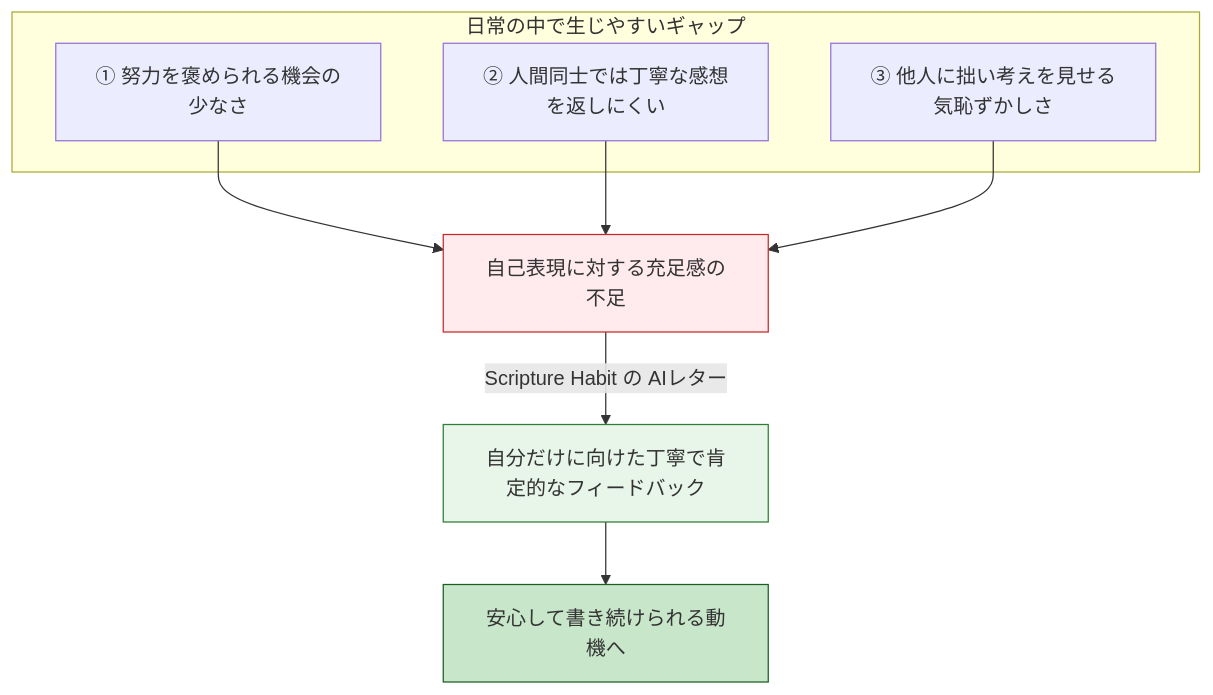
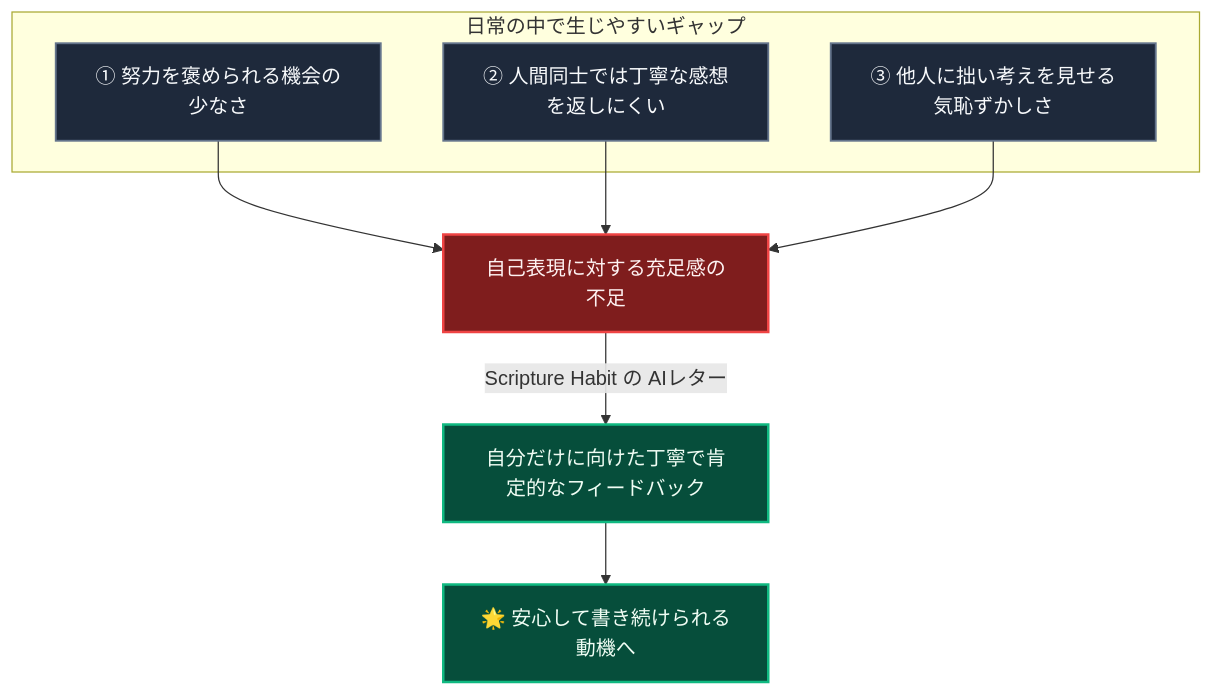
Before and after one commit to ScriptureHabit/scripture-habit: the diagram in docs/ja/ux-ai-reflection-letters.md, drawn with Mermaid. The commit also changed 5 other files, not shown here.

Commit message:
docs: fix Mermaid contrast for full Dark & Light mode readability

````diff
--- a/docs/ja/ux-ai-reflection-letters.md
+++ b/docs/ja/ux-ai-reflection-letters.md
@@ -29,19 +29,19 @@
 ```mermaid
-graph TD
+flowchart TD
+    classDef default fill:#1e293b,stroke:#64748b,stroke-width:1.5px,color:#f8fafc;
+    classDef issue fill:#7f1d1d,stroke:#ef4444,stroke-width:2px,color:#fef2f2;
+    classDef good fill:#064e3b,stroke:#10b981,stroke-width:2px,color:#f0fdf4;
+
     subgraph SG_Gap["日常の中で生じやすいギャップ"]
-        A["① 努力を褒められる機会の少なさ"]
-        B["② 人間同士では丁寧な感想を返しにくい"]
-        C["③ 他人に拙い考えを見せる気恥ずかしさ"]
+        A["① 努力を褒められる機会の少なさ"]:::default
+        B["② 人間同士では丁寧な感想を返しにくい"]:::default
+        C["③ 他人に拙い考えを見せる気恥ずかしさ"]:::default
     end
 
-    A --> D["自己表現に対する充足感の不足"]
+    A --> D["自己表現に対する充足感の不足"]:::issue
     B --> D
     C --> D
 
-    D -->|"Scripture Habit の AIレター"| E["自分だけに向けた丁寧で肯定的なフィードバック"]
-    E --> F["安心して書き続けられる動機へ"]
-
-    style D fill:#ffebee,stroke:#c62828,stroke-width:1px
-    style E fill:#e8f5e9,stroke:#2e7d32,stroke-width:1px
-    style F fill:#c8e6c9,stroke:#1b5e20,stroke-width:1px
+    D -->|"Scripture Habit の AIレター"| E["自分だけに向けた丁寧で肯定的なフィードバック"]:::good
+    E --> F["🌟 安心して書き続けられる動機へ"]:::good
 ```
````
